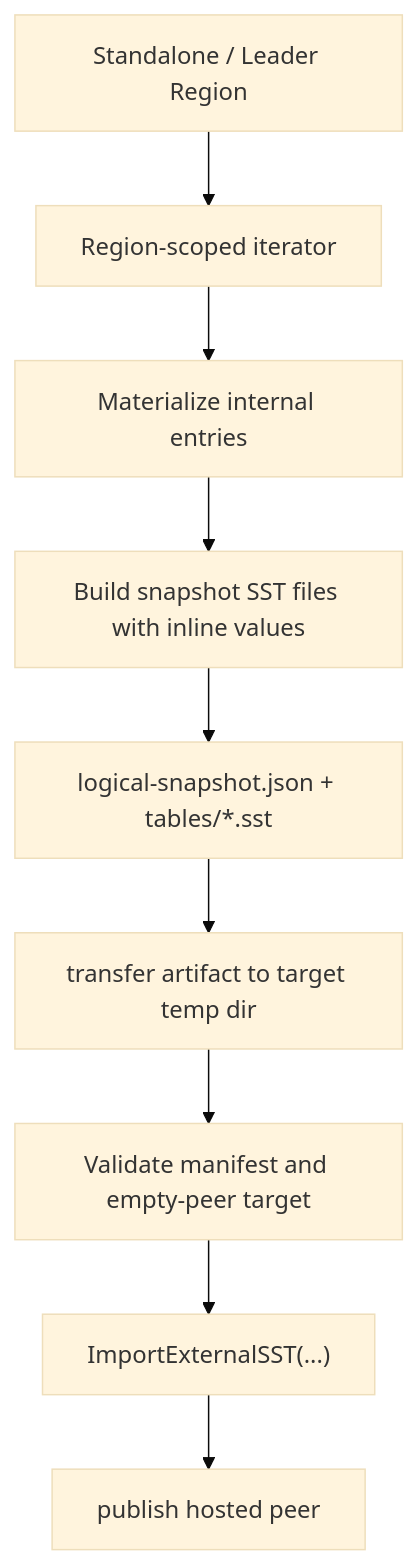
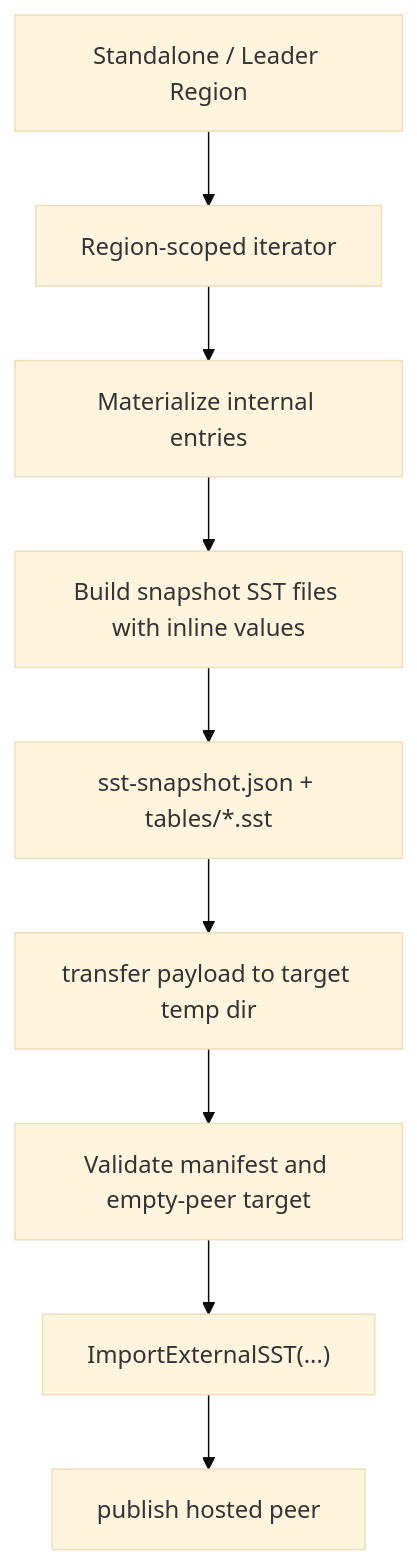
One commit to feichai0017/NoKV changed the diagram in docs/notes/2026-03-31-sst-snapshot-install.md. Above: the diagram before and after it, drawn with Mermaid (base theme). The commit also changed other lines of this file and 23 other files, not shown here.

````diff
--- a/docs/notes/2026-03-31-sst-snapshot-install.md
+++ b/docs/notes/2026-03-31-sst-snapshot-install.md
@@ -345,11 +319,11 @@
 ```mermaid
 flowchart TD
     A["Standalone / Leader Region"] --> B["Region-scoped iterator"]
     B --> C["Materialize internal entries"]
     C --> D["Build snapshot SST files with inline values"]
-    D --> E["logical-snapshot.json + tables/*.sst"]
-    E --> F["transfer artifact to target temp dir"]
+    D --> E["sst-snapshot.json + tables/*.sst"]
+    E --> F["transfer payload to target temp dir"]
     F --> G["Validate manifest and empty-peer target"]
     G --> H["ImportExternalSST(...)"]
     H --> I["publish hosted peer"]
 ```
````
